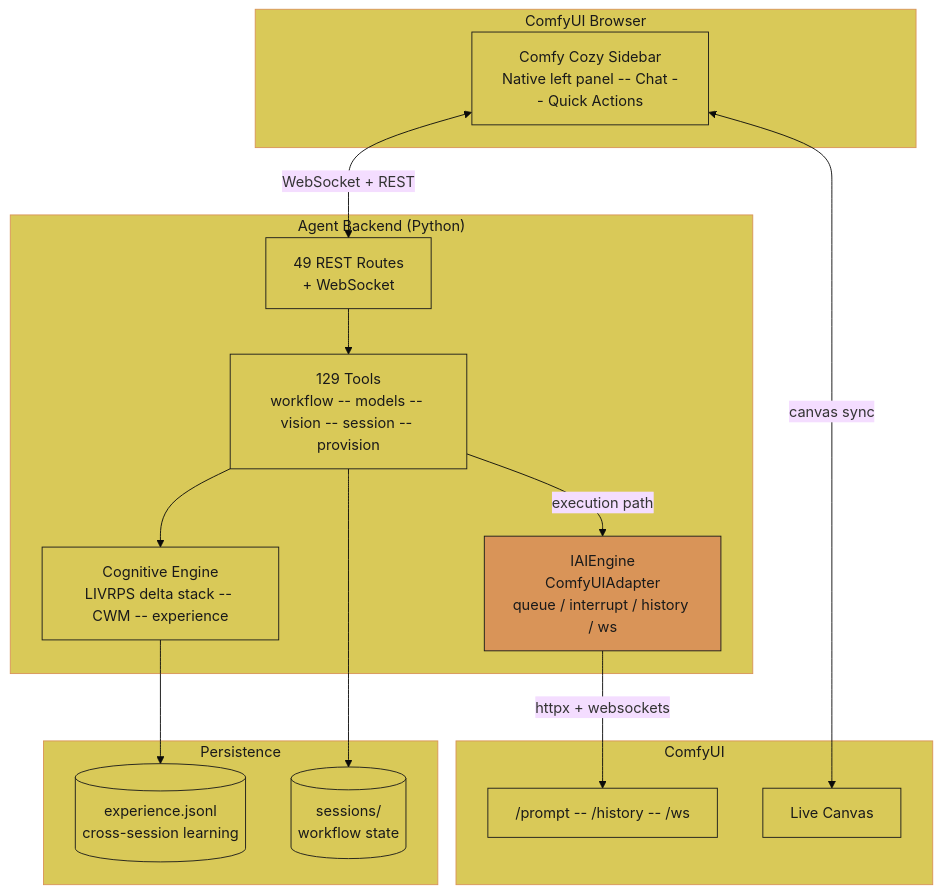
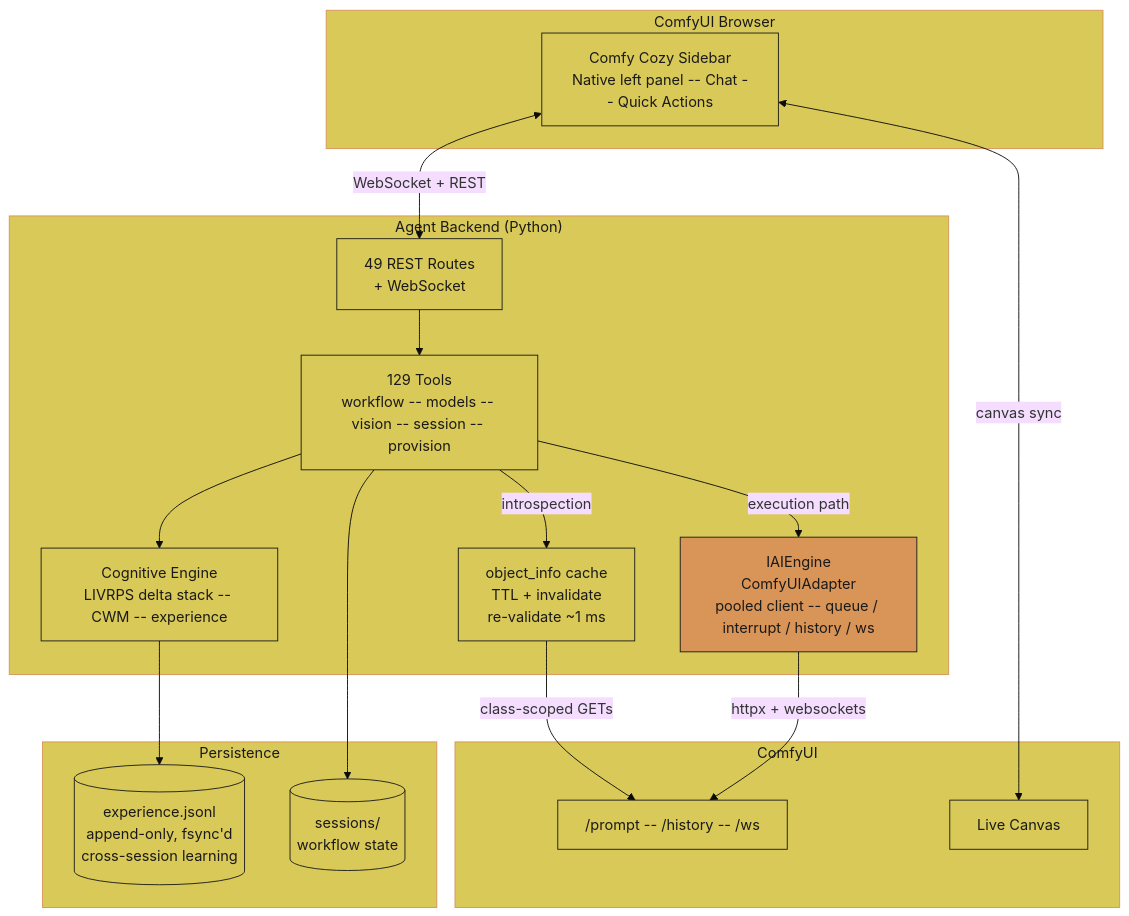
Before and after one commit to JosephOIbrahim/Comfy-Cozy: the seventh of 33 diagrams in README.md, drawn with Mermaid (base theme). The commit also changed other lines of this file and 3 other files, not shown here.

First line of the commit message:
[VERIFY] release: v5.2.0 - README/diagrams to the measured June-11 state, changelog 5.1.0+5.2.0, version bump

````diff
--- a/README.md
+++ b/README.md
@@ -520,39 +521,42 @@
 ```mermaid
 graph TB
     subgraph Browser ["ComfyUI Browser"]
         Sidebar["Comfy Cozy Sidebar<br/>Native left panel -- Chat -- Quick Actions"]
     end
     subgraph Backend ["Agent Backend (Python)"]
         Routes["49 REST Routes<br/>+ WebSocket"]
         Tools["129 Tools<br/>workflow -- models -- vision -- session -- provision"]
-        Engine["IAIEngine<br/>ComfyUIAdapter<br/>queue / interrupt / history / ws"]
+        Cache["object_info cache<br/>TTL + invalidate<br/>re-validate ~1 ms"]
+        Engine["IAIEngine<br/>ComfyUIAdapter<br/>pooled client -- queue / interrupt / history / ws"]
         Cog["Cognitive Engine<br/>LIVRPS delta stack -- CWM -- experience"]
     end
     subgraph ComfyUI ["ComfyUI"]
         API["/prompt -- /history -- /ws"]
         Canvas["Live Canvas"]
     end
     subgraph Disk ["Persistence"]
-        EXP[("experience.jsonl<br/>cross-session learning")]
+        EXP[("experience.jsonl<br/>append-only, fsync'd<br/>cross-session learning")]
         Sessions[("sessions/<br/>workflow state")]
     end
 
     Sidebar <-->|"WebSocket + REST"| Routes
     Sidebar <-->|"canvas sync"| Canvas
     Routes --> Tools
     Tools --> Cog
+    Tools -->|introspection| Cache
+    Cache -->|"class-scoped GETs"| API
     Tools -->|execution path| Engine
     Engine -->|httpx + websockets| API
     Cog --> EXP
     Tools --> Sessions
 
     style Browser fill:#d9c958,color:#1a1a1a,stroke:#d99458
     style Backend fill:#d9c958,color:#1a1a1a,stroke:#d99458
     style ComfyUI fill:#d9c958,color:#1a1a1a,stroke:#d99458
     style Disk fill:#d9c958,color:#1a1a1a,stroke:#d99458
 
     classDef orange fill:#d99458,color:#1a1a1a,stroke:#1a1a1a
     classDef yellow fill:#d9c958,color:#1a1a1a,stroke:#1a1a1a
     class Engine orange
-    class Sidebar,Routes,Tools,Cog,API,Canvas,EXP,Sessions yellow
+    class Sidebar,Routes,Tools,Cache,Cog,API,Canvas,EXP,Sessions yellow
 ```
````
